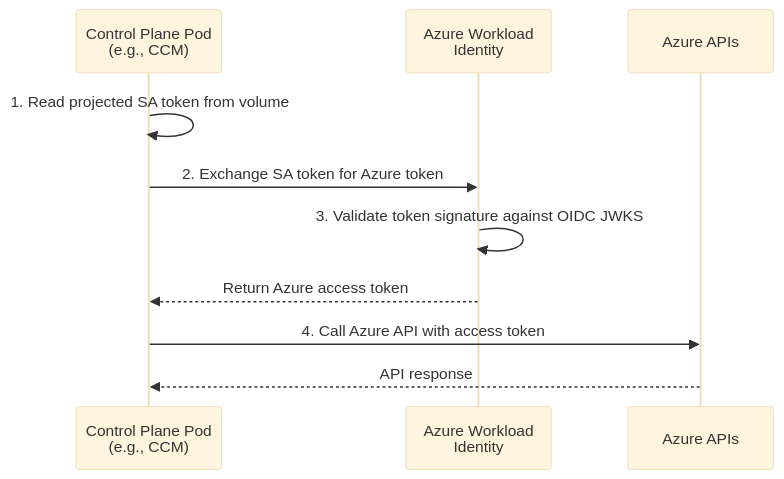
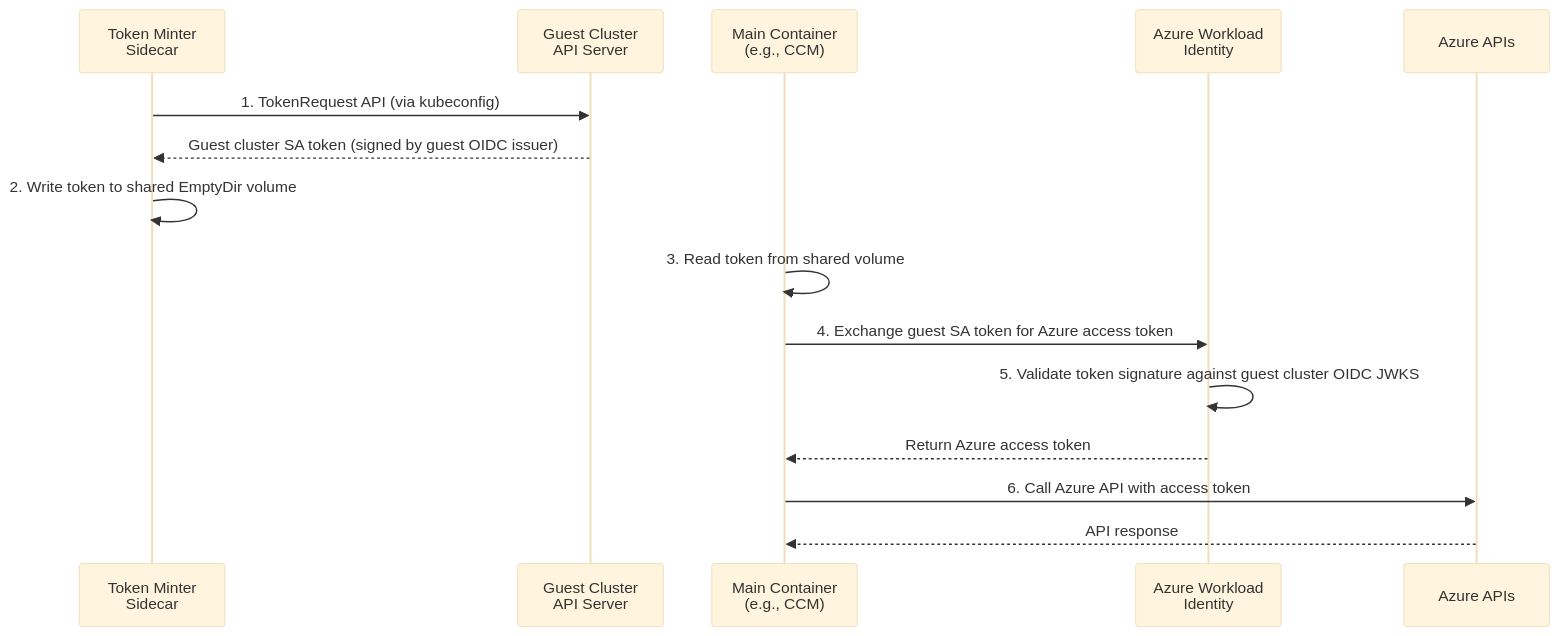
Before and after one commit to openshift/enhancements: the second of 2 diagrams in enhancements/hypershift/self-managed-azure.md, drawn with Mermaid (base theme). The commit also changed other lines of this file, not shown here.

First line of the commit message:
docs(hypershift): use create iam azure command pattern

````diff
--- a/enhancements/hypershift/self-managed-azure.md
+++ b/enhancements/hypershift/self-managed-azure.md
@@ -494,13 +499,18 @@
 ```mermaid
 sequenceDiagram
-    participant Pod as Control Plane Pod<br/>(e.g., CCM)
+    participant Minter as Token Minter<br/>Sidecar
+    participant Guest as Guest Cluster<br/>API Server
+    participant Pod as Main Container<br/>(e.g., CCM)
     participant Azure as Azure Workload<br/>Identity
     participant API as Azure APIs
 
-    Pod->>Pod: 1. Read projected SA token from volume
-    Pod->>Azure: 2. Exchange SA token for Azure token
-    Azure->>Azure: 3. Validate token signature against OIDC JWKS
+    Minter->>Guest: 1. TokenRequest API (via kubeconfig)
+    Guest-->>Minter: Guest cluster SA token (signed by guest OIDC issuer)
+    Minter->>Minter: 2. Write token to shared EmptyDir volume
+    Pod->>Pod: 3. Read token from shared volume
+    Pod->>Azure: 4. Exchange guest SA token for Azure access token
+    Azure->>Azure: 5. Validate token signature against guest cluster OIDC JWKS
     Azure-->>Pod: Return Azure access token
-    Pod->>API: 4. Call Azure API with access token
+    Pod->>API: 6. Call Azure API with access token
     API-->>Pod: API response
 ```
````
